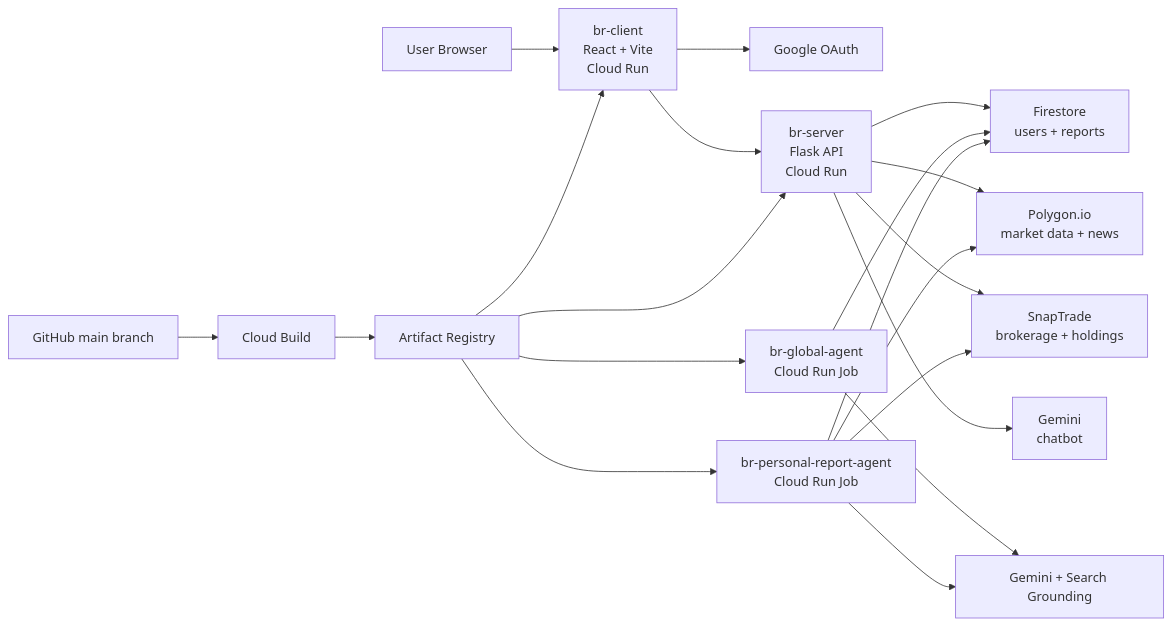
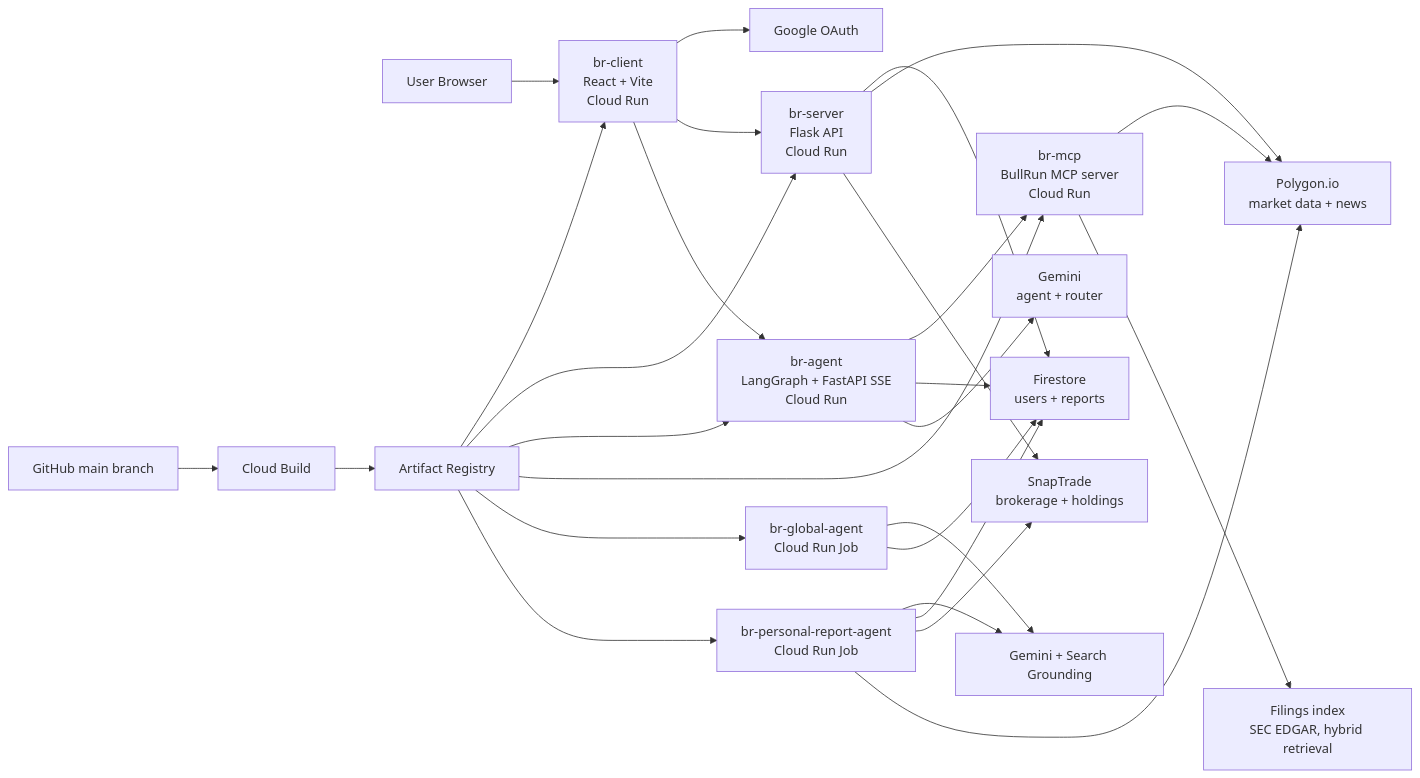
One commit to rishswish/BullRunAI changed the diagram in README.md. Above: the diagram before and after it, drawn with Mermaid. The commit also changed other lines of this file and 40 other files, not shown here.

First line of the commit message:
Add BullRun 2.0 agent layer: LangGraph agent, filings RAG, MCP server, evals

````diff
--- a/README.md
+++ b/README.md
@@ -17,26 +37,33 @@
 ```mermaid
 flowchart LR
     User["User Browser"] --> Client["br-client<br/>React + Vite<br/>Cloud Run"]
 
     Client --> OAuth["Google OAuth"]
     Client --> API["br-server<br/>Flask API<br/>Cloud Run"]
 
     API --> Firestore["Firestore<br/>users + reports"]
     API --> Polygon["Polygon.io<br/>market data + news"]
     API --> SnapTrade["SnapTrade<br/>brokerage + holdings"]
-    API --> Gemini["Gemini<br/>chatbot"]
+    Client --> Agent["br-agent<br/>LangGraph + FastAPI SSE<br/>Cloud Run"]
+    Agent --> MCP["br-mcp<br/>BullRun MCP server<br/>Cloud Run"]
+    MCP --> Polygon
+    MCP --> RAG["Filings index<br/>SEC EDGAR, hybrid retrieval"]
+    Agent --> Firestore
+    Agent --> GeminiLLM["Gemini<br/>agent + router"]
 
     GitHub["GitHub main branch"] --> Build["Cloud Build"]
     Build --> Registry["Artifact Registry"]
     Registry --> Client
     Registry --> API
+    Registry --> Agent
+    Registry --> MCP
     Registry --> GlobalJob["br-global-agent<br/>Cloud Run Job"]
     Registry --> PersonalJob["br-personal-report-agent<br/>Cloud Run Job"]
 
     GlobalJob --> GeminiSearch["Gemini + Search Grounding"]
     PersonalJob --> GeminiSearch
     GlobalJob --> Firestore
     PersonalJob --> Firestore
     PersonalJob --> SnapTrade
     PersonalJob --> Polygon
 ```
````
